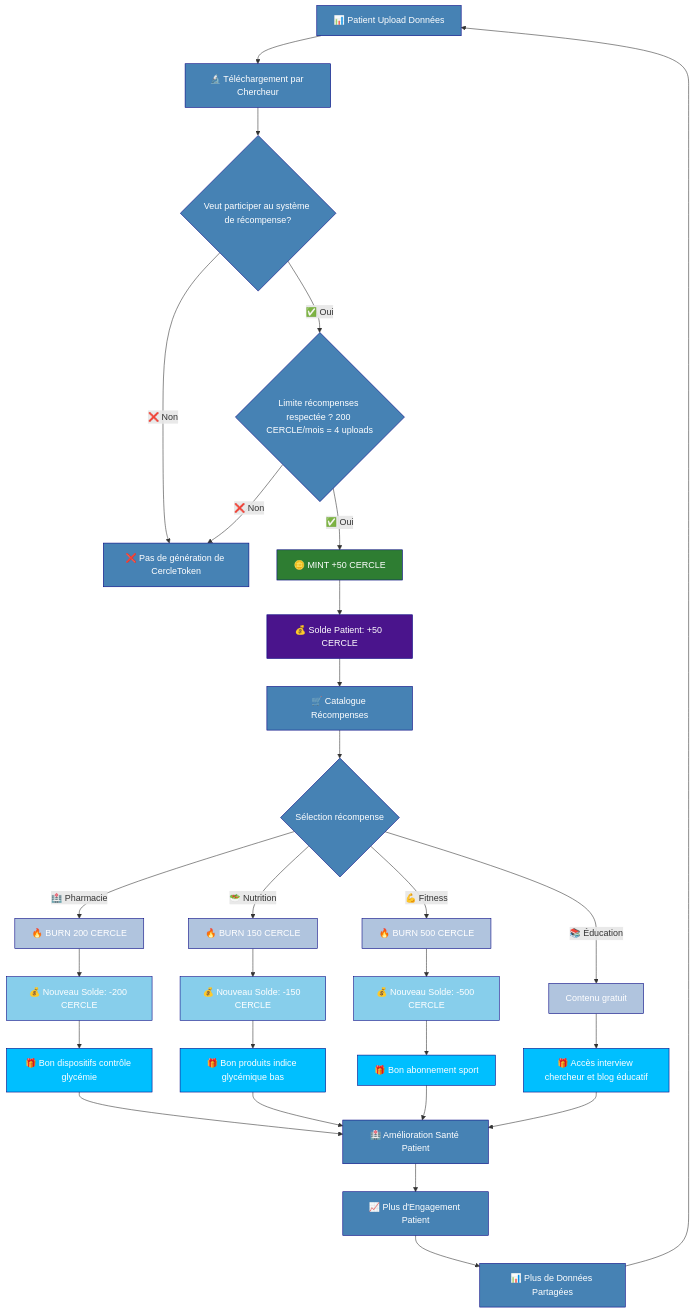
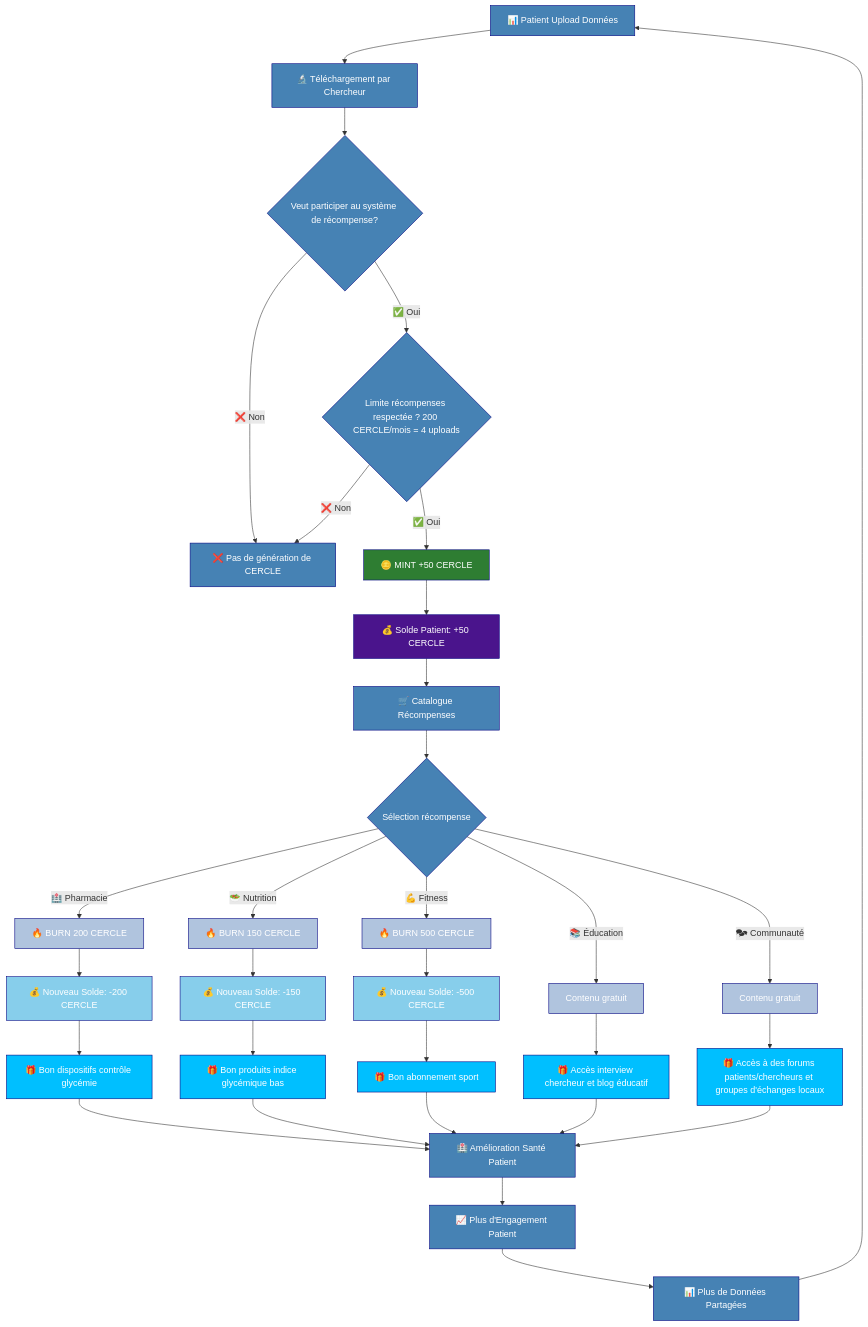
One commit to lasiouce/mon_cercle_sante changed the first of 2 diagrams in README.md. Above: the diagram before and after it, drawn with Mermaid.

Commit message:
add communauté

````diff
--- a/README.md
+++ b/README.md
@@ -112,58 +112,63 @@
 ```mermaid
 graph TD
 A[📊 Patient Upload Données] --> B[🔬 Téléchargement par Chercheur]
 
 B --> N{Veut participer au système de récompense?}
 N -->|✅ Oui| C{Limite récompenses respectée ? 200 CERCLE/mois = 4 uploads}
-N -->|❌ Non| X[❌ Pas de génération de CercleToken]
+N -->|❌ Non| X[❌ Pas de génération de CERCLE]
 
 C -->|✅ Oui| D[🪙 MINT +50 CERCLE]
-C -->|❌ Non| X[❌ Pas de génération de CercleToken]
+C -->|❌ Non| X
 
 D --> E[💰 Solde Patient: +50 CERCLE]
 
 E --> F[🛒 Catalogue Récompenses]
 F --> G{Sélection récompense}
 
 G -->|🏥 Pharmacie| H1[🔥 BURN 200 CERCLE]
 G -->|🥗 Nutrition| H2[🔥 BURN 150 CERCLE]
 G -->|💪 Fitness| H3[🔥 BURN 500 CERCLE]
 G -->|📚 Éducation| H4[Contenu gratuit]
+G --> |🗫 Communauté| H5[Contenu gratuit]
 
 H1 --> I1[💰 Nouveau Solde: -200 CERCLE]
 H2 --> I2[💰 Nouveau Solde: -150 CERCLE]
 H3 --> I3[💰 Nouveau Solde: -500 CERCLE]
 
 
 I1 --> J1[🎁 Bon dispositifs contrôle glycémie]
 I2 --> J2[🎁 Bon produits indice glycémique bas]
 I3 --> J3[🎁 Bon abonnement sport]
 H4 --> J4[🎁 Accès interview chercheur et blog éducatif]
+H5 --> J5[🎁 Accès à des forums patients/chercheurs et groupes d'échanges locaux]
 
 J1 --> K[🏥 Amélioration Santé Patient]
 J2 --> K
 J3 --> K
 J4 --> K
+J5 --> K
 
 K --> L[📈 Plus d'Engagement Patient]
 L --> M[📊 Plus de Données Partagées]
 M --> A
 
 %% Styles avec couleurs foncées pour texte blancAdd commentMore actions
     style D fill:#2E7D32,stroke:#000080,stroke-width:1px,color:#FFFFFF
     style E fill:#4A148C,stroke:#000080,stroke-width:1px,color:#FFFFFF
     style H1 fill:#B0C4DE,stroke:#000080,stroke-width:1px,color:#FFFFFF
     style H2 fill:#B0C4DE,stroke:#000080,stroke-width:1px,color:#FFFFFF
     style H3 fill:#B0C4DE,stroke:#000080,stroke-width:1px,color:#FFFFFF
     style H4 fill:#B0C4DE,stroke:#000080,stroke-width:1px,color:#FFFFFF
+    style H5 fill:#B0C4DE,stroke:#000080,stroke-width:1px,color:#FFFFFF
     style I1 fill:#87CEEB,stroke:#000080,stroke-width:1px,color:#FFFFFF
     style I2 fill:#87CEEB,stroke:#000080,stroke-width:1px,color:#FFFFFF
     style I3 fill:#87CEEB,stroke:#000080,stroke-width:1px,color:#FFFFFF
     style J1 fill:#00BFFF,stroke:#000080,stroke-width:1px,color:#FFFFFF
     style J2 fill:#00BFFF,stroke:#000080,stroke-width:1px,color:#FFFFFF
     style J3 fill:#00BFFF,stroke:#000080,stroke-width:1px,color:#FFFFFF
     style J4 fill:#00BFFF,stroke:#000080,stroke-width:1px,color:#FFFFFF
+    style J5 fill:#00BFFF,stroke:#000080,stroke-width:1px,color:#FFFFFF
     
     classDef tokenFlow fill:#4682B4,stroke:#000080,stroke-width:1px,color:#FFFFFF
     class A,B,C,F,G,K,L,M,N,X tokenFlow
 ```
````
